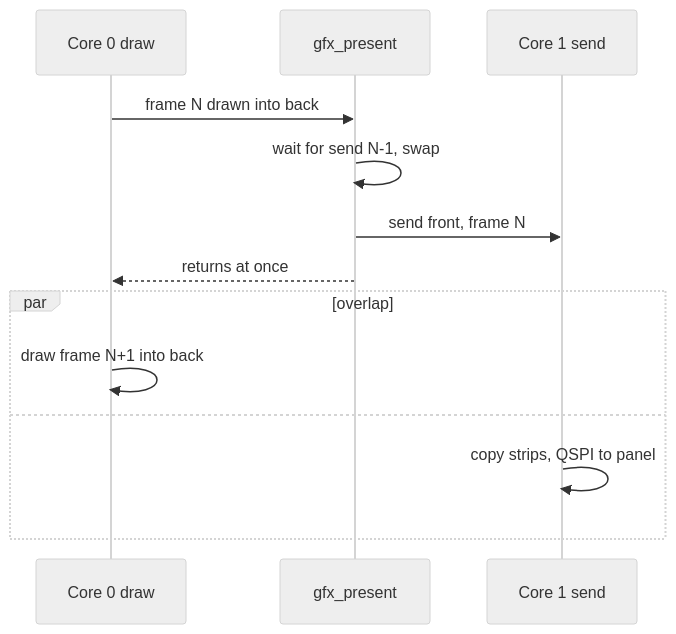
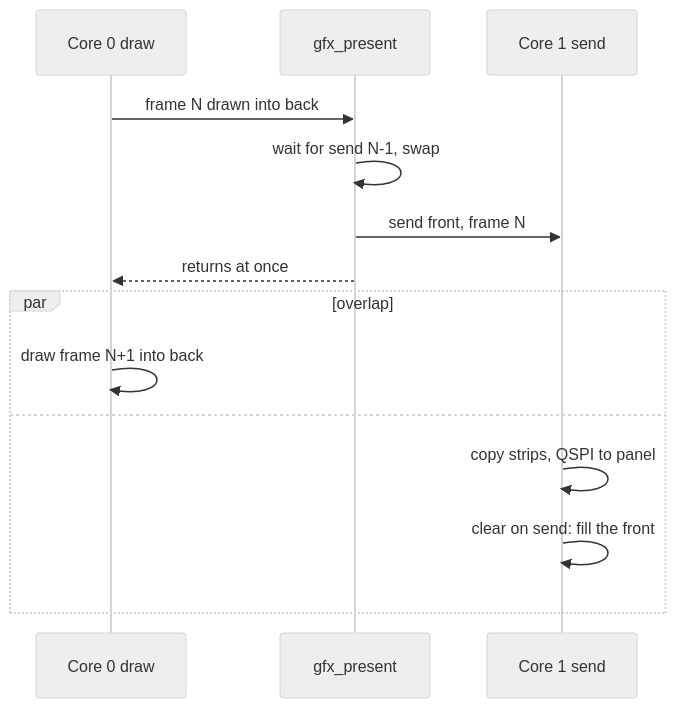
The fourth of 5 diagrams in docs/Gfx-and-Presentation.md (jose-villegas/autana), drawn with Mermaid (neutral theme) before and after one commit. The commit also changed other lines of this file and 8 other files, not shown here.

````diff
--- a/docs/Gfx-and-Presentation.md
+++ b/docs/Gfx-and-Presentation.md
@@ -233,15 +234,16 @@
 ```mermaid
 sequenceDiagram
     participant Core0 as Core 0 draw
     participant Gfx as gfx_present
     participant Core1 as Core 1 send
     Core0->>Gfx: frame N drawn into back
     Gfx->>Gfx: wait for send N-1, swap
     Gfx->>Core1: send front, frame N
     Gfx-->>Core0: returns at once
     par overlap
         Core0->>Core0: draw frame N+1 into back
     and
         Core1->>Core1: copy strips, QSPI to panel
+        Core1->>Core1: clear on send: fill the front
     end
 ```
````
